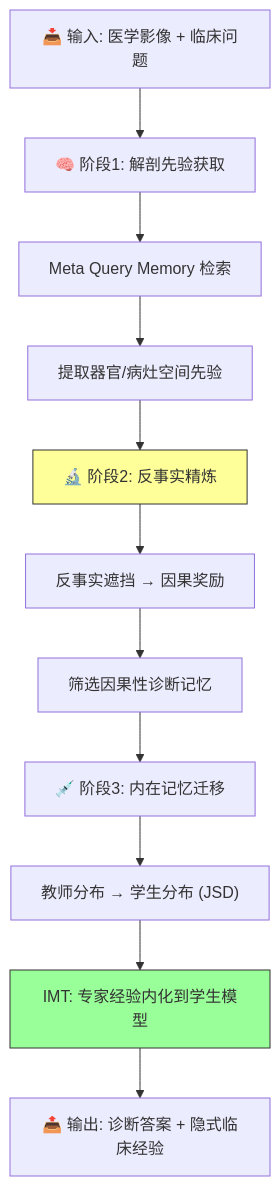
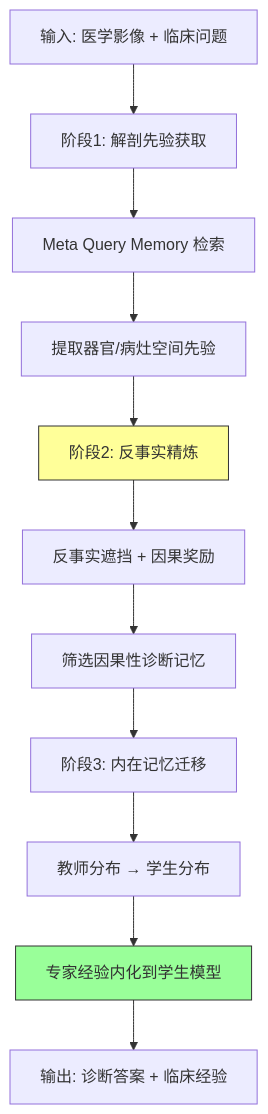
Before and after one commit to Haohaha-11/Paper-Reading-form-Eason: the diagram in topics/VLM-Bottleneck-Analysis-and-Method-Design/medical/[Arxiv 2026] MedSynapse-V-v2/README.md, drawn with Mermaid. The commit also changed 5 other files, not shown here.

First line of the commit message:
fix: Mermaid 流程图文本精简，去除 LaTeX 公式

````diff
--- a/topics/VLM-Bottleneck-Analysis-and-Method-Design/medical/[Arxiv 2026] MedSynapse-V-v2/README.md
+++ b/topics/VLM-Bottleneck-Analysis-and-Method-Design/medical/[Arxiv 2026] MedSynapse-V-v2/README.md
@@ -63,15 +63,15 @@
 ```mermaid
 flowchart TD
-    A["📥 输入: 医学影像 + 临床问题"] --> B["🧠 阶段1: 解剖先验获取"]
+    A["输入: 医学影像 + 临床问题"] --> B["阶段1: 解剖先验获取"]
     B --> B1["Meta Query Memory 检索"]
     B1 --> B2["提取器官/病灶空间先验"]
-    B2 --> C["🔬 阶段2: 反事实精炼"]
-    C --> C1["反事实遮挡 → 因果奖励"]
+    B2 --> C["阶段2: 反事实精炼"]
+    C --> C1["反事实遮挡 + 因果奖励"]
     C1 --> C2["筛选因果性诊断记忆"]
-    C2 --> D["💉 阶段3: 内在记忆迁移"]
-    D --> D1["教师分布 → 学生分布 (JSD)"]
-    D1 --> D2["IMT: 专家经验内化到学生模型"]
-    D2 --> E["📤 输出: 诊断答案 + 隐式临床经验"]
+    C2 --> D["阶段3: 内在记忆迁移"]
+    D --> D1["教师分布 → 学生分布"]
+    D1 --> D2["专家经验内化到学生模型"]
+    D2 --> E["输出: 诊断答案 + 临床经验"]
     style C fill:#ff9,stroke:#333
     style D2 fill:#9f9,stroke:#333
 ```
````
